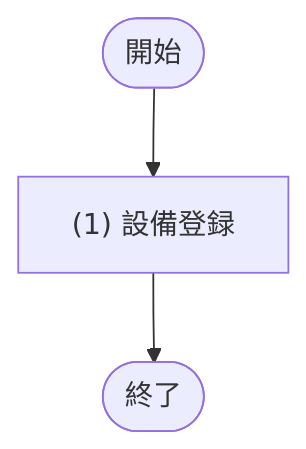
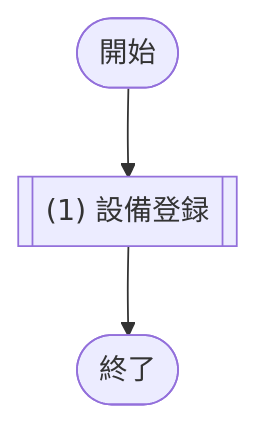
Before and after one commit to sikakou54/system-document-template: the diagram in docs/03_機能設計/03_API設計/API-013_設備登録.md, drawn with Mermaid. The commit also changed 28 other files, not shown here.

````diff
--- a/docs/03_機能設計/03_API設計/API-013_設備登録.md
+++ b/docs/03_機能設計/03_API設計/API-013_設備登録.md
@@ -36,8 +36,8 @@
 ```mermaid
 flowchart TD
   Start([開始])
-  P1["(1) 設備登録"]
+  P1[["(1) 設備登録"]]
   End([終了])
 
   Start --> P1 --> End
 ```
````
